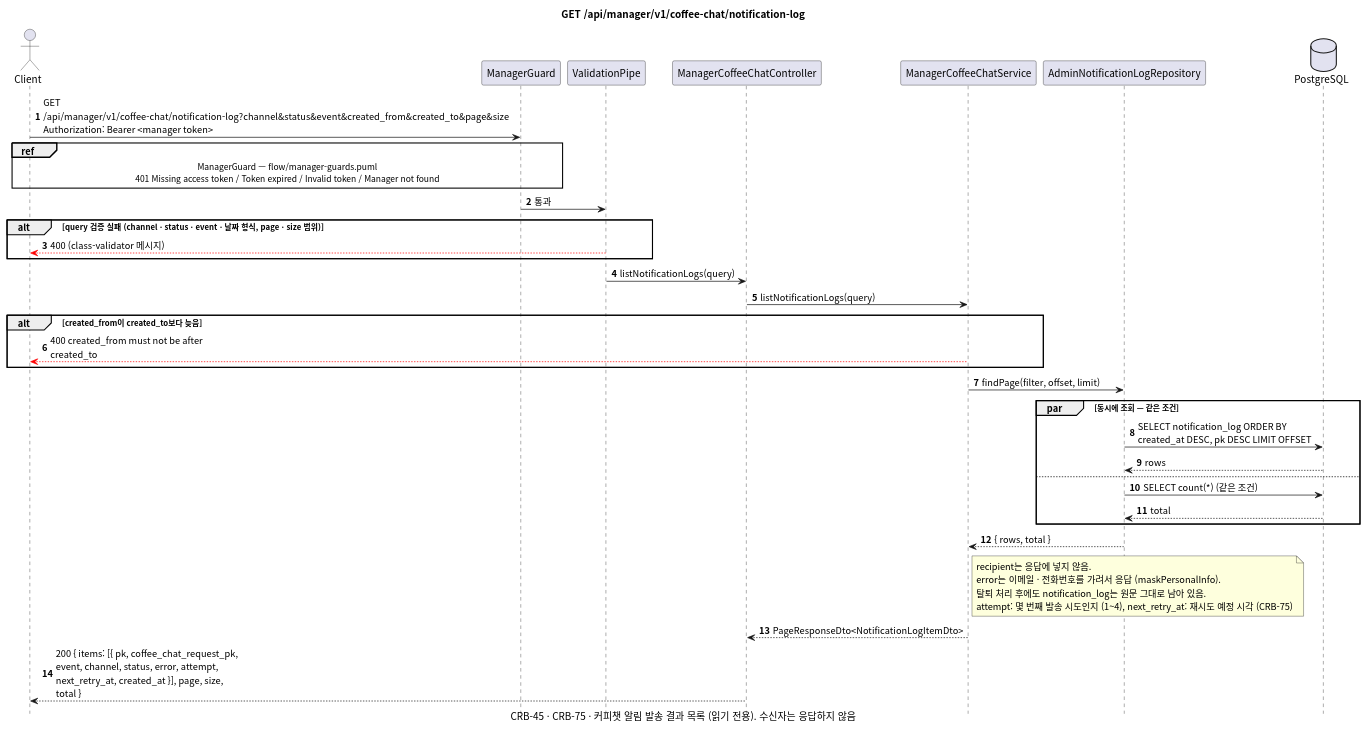
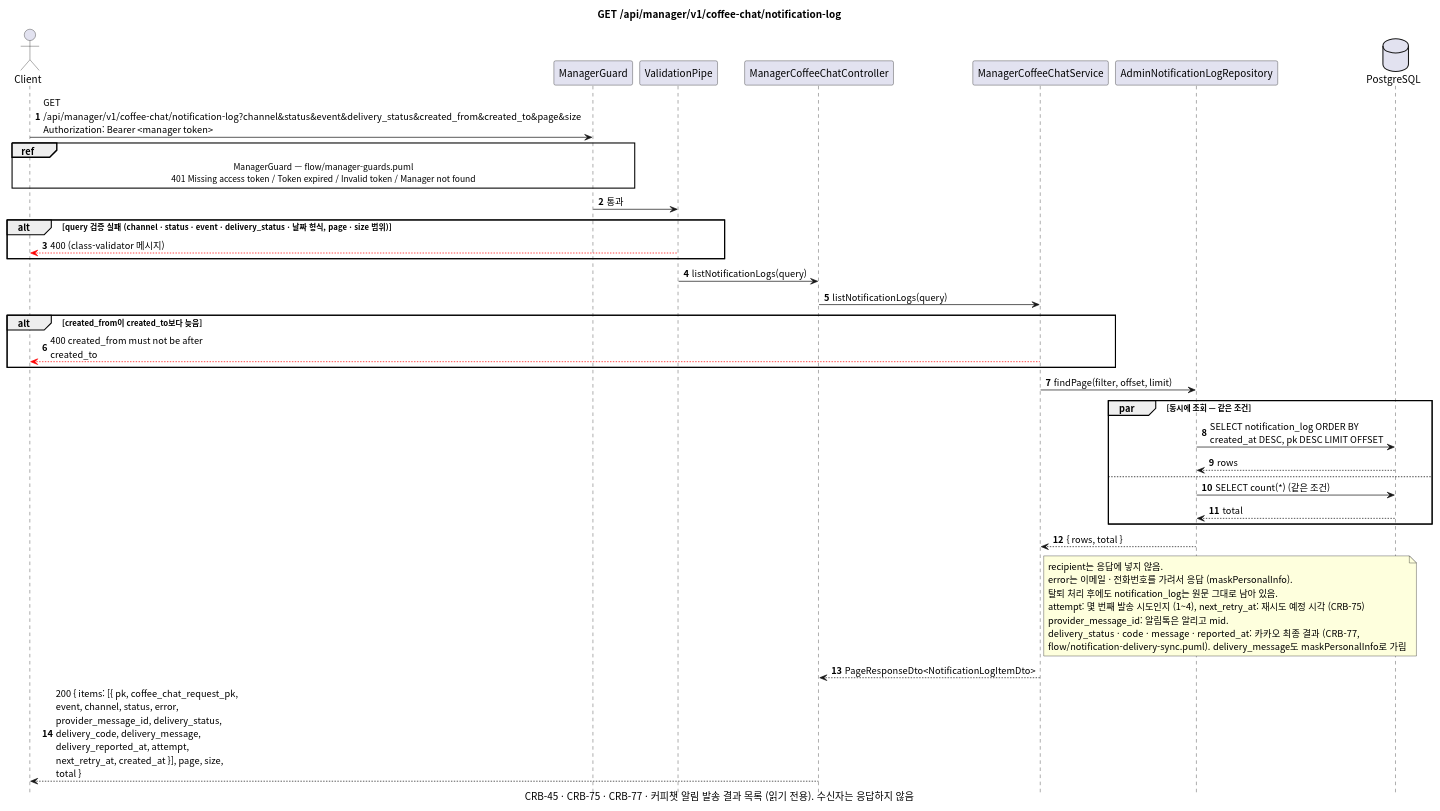
Before and after one commit to gsainfoteam/cheers-be: the diagram in docs/sequence/manager/get-coffee-chat-notification-log.puml, drawn with PlantUML. The commit also changed 5 other files, not shown here.

Commit message:
- docs: add sequence diagram for alimtalk delivery sync (CRB-77)

```diff
--- a/docs/sequence/manager/get-coffee-chat-notification-log.puml
+++ b/docs/sequence/manager/get-coffee-chat-notification-log.puml
@@ -1,51 +1,54 @@
 @startuml get-manager-coffee-chat-notification-log
 skinparam defaultFontName "Apple SD Gothic Neo", "Noto Sans CJK KR", sans-serif
 skinparam responseMessageBelowArrow true
 skinparam sequenceMessageAlign left
 skinparam maxMessageSize 260
 skinparam BoxPadding 8
 skinparam shadowing false
 autonumber
 hide footbox
 
 title GET /api/manager/v1/coffee-chat/notification-log
-caption CRB-45 · CRB-75 · 커피챗 알림 발송 결과 목록 (읽기 전용). 수신자는 응답하지 않음
+caption CRB-45 · CRB-75 · CRB-77 · 커피챗 알림 발송 결과 목록 (읽기 전용). 수신자는 응답하지 않음
 
 actor Client
 participant "ManagerGuard" as Guard
 participant "ValidationPipe" as Pipe
 participant "ManagerCoffeeChatController" as Controller
 participant "ManagerCoffeeChatService" as Service
 participant "AdminNotificationLogRepository" as LogRepository
 database PostgreSQL
 
-Client -> Guard: GET /api/manager/v1/coffee-chat/notification-log?channel&status&event&created_from&created_to&page&size\nAuthorization: Bearer <manager token>
+Client -> Guard: GET /api/manager/v1/coffee-chat/notification-log?channel&status&event&delivery_status&created_from&created_to&page&size\nAuthorization: Bearer <manager token>
 ref over Client, Guard: ManagerGuard — flow/manager-guards.puml\n401 Missing access token / Token expired / Invalid token / Manager not found
 Guard -> Pipe: 통과
-alt query 검증 실패 (channel · status · event · 날짜 형식, page · size 범위)
+alt query 검증 실패 (channel · status · event · delivery_status · 날짜 형식, page · size 범위)
   Pipe -[#red]-> Client: 400 (class-validator 메시지)
 end
 Pipe -> Controller: listNotificationLogs(query)
 Controller -> Service: listNotificationLogs(query)
 alt created_from이 created_to보다 늦음
   Service -[#red]-> Client: 400 created_from must not be after created_to
 end
 Service -> LogRepository: findPage(filter, offset, limit)
 par 동시에 조회 — 같은 조건
   LogRepository -> PostgreSQL: SELECT notification_log ORDER BY created_at DESC, pk DESC LIMIT OFFSET
   PostgreSQL --> LogRepository: rows
 else
   LogRepository -> PostgreSQL: SELECT count(*) (같은 조건)
   PostgreSQL --> LogRepository: total
 end
 LogRepository --> Service: { rows, total }
 note right of Service
   recipient는 응답에 넣지 않음.
   error는 이메일 · 전화번호를 가려서 응답 (maskPersonalInfo).
   탈퇴 처리 후에도 notification_log는 원문 그대로 남아 있음.
   attempt: 몇 번째 발송 시도인지 (1~4), next_retry_at: 재시도 예정 시각 (CRB-75)
+  provider_message_id: 알림톡은 알리고 mid.
+  delivery_status · code · message · reported_at: 카카오 최종 결과 (CRB-77,
+  flow/notification-delivery-sync.puml). delivery_message도 maskPersonalInfo로 가림
 end note
 Service --> Controller: PageResponseDto<NotificationLogItemDto>
-Controller --> Client: 200 { items: [{ pk, coffee_chat_request_pk, event, channel, status, error, attempt, next_retry_at, created_at }], page, size, total }
+Controller --> Client: 200 { items: [{ pk, coffee_chat_request_pk, event, channel, status, error, provider_message_id, delivery_status, delivery_code, delivery_message, delivery_reported_at, attempt, next_retry_at, created_at }], page, size, total }
 
 @enduml
```
